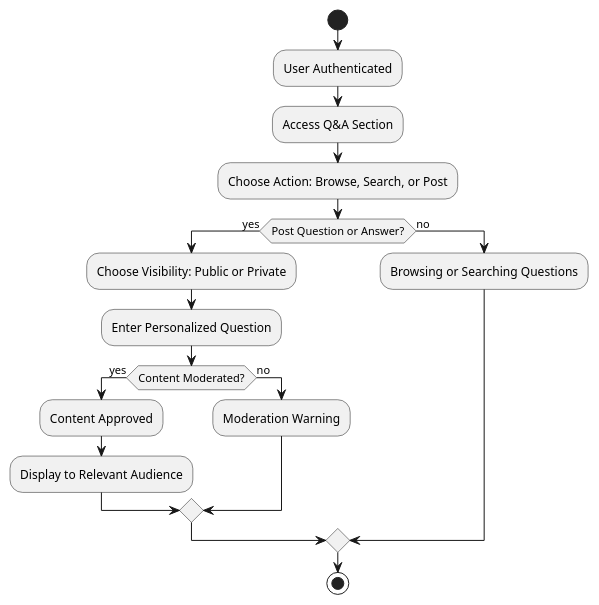
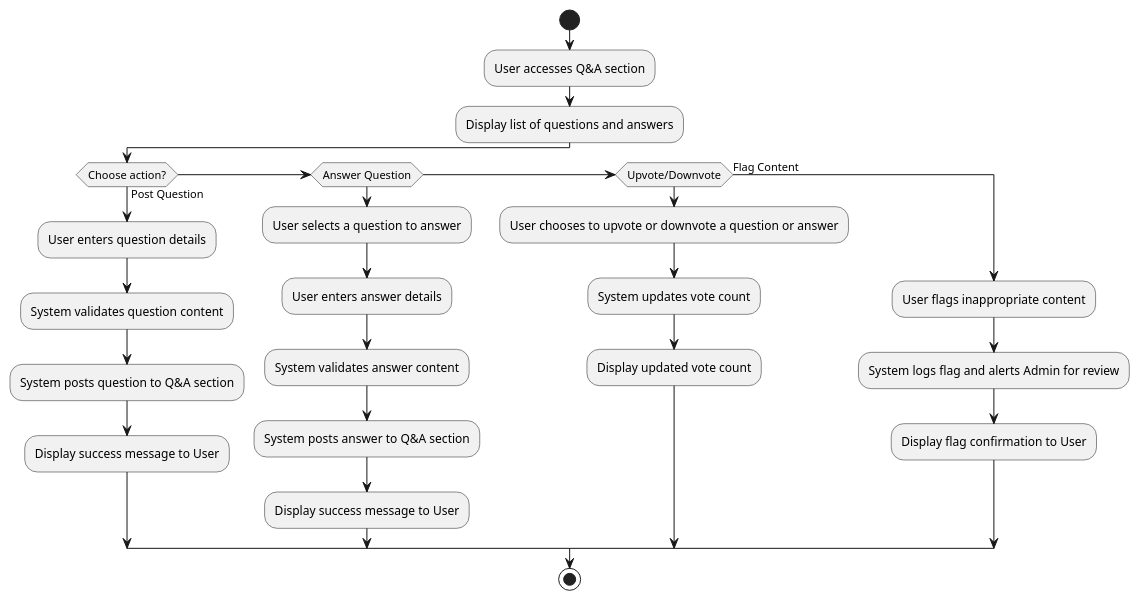
Before and after one commit to giolynx104/jamc-docs: the diagram in docs/srs/diagrams/qa-participation-activity-diagram.puml, drawn with PlantUML. The commit also changed 35 other files, not shown here.

First line of the commit message:
Update diagrams in SRS

```diff
--- a/docs/srs/diagrams/qa-participation-activity-diagram.puml
+++ b/docs/srs/diagrams/qa-participation-activity-diagram.puml
@@ -1,19 +1,29 @@
-@startuml
+@startuml qa-participation-activity-diagram
+
 start
-:User Authenticated;
-:Access Q&A Section;
-:Choose Action: Browse, Search, or Post;
-if (Post Question or Answer?) then (yes)
-  :Choose Visibility: Public or Private;
-  :Enter Personalized Question;
-  if (Content Moderated?) then (yes)
-    :Content Approved;
-    :Display to Relevant Audience;
-  else (no)
-    :Moderation Warning;
-  endif
-else (no)
-  :Browsing or Searching Questions;
+:User accesses Q&A section;
+:Display list of questions and answers;
+
+if (Choose action?) then (Post Question)
+    :User enters question details;
+    :System validates question content;
+    :System posts question to Q&A section;
+    :Display success message to User;
+else if (Answer Question)
+    :User selects a question to answer;
+    :User enters answer details;
+    :System validates answer content;
+    :System posts answer to Q&A section;
+    :Display success message to User;
+else if (Upvote/Downvote)
+    :User chooses to upvote or downvote a question or answer;
+    :System updates vote count;
+    :Display updated vote count;
+else (Flag Content)
+    :User flags inappropriate content;
+    :System logs flag and alerts Admin for review;
+    :Display flag confirmation to User;
 endif
+
 stop
 @enduml
```
